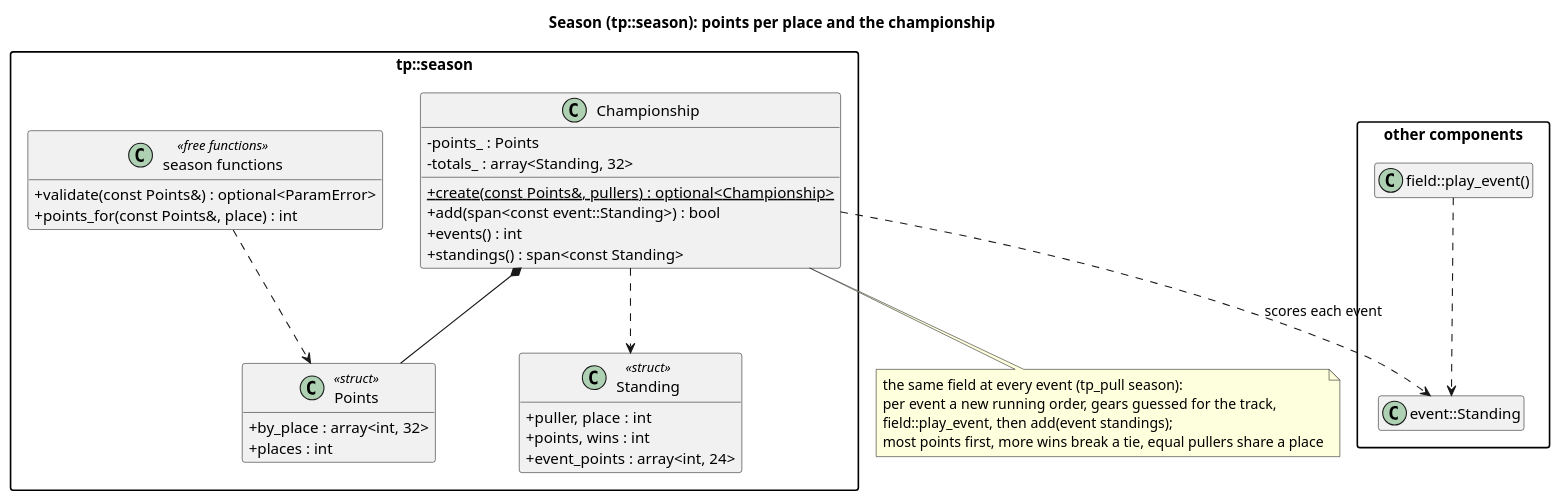
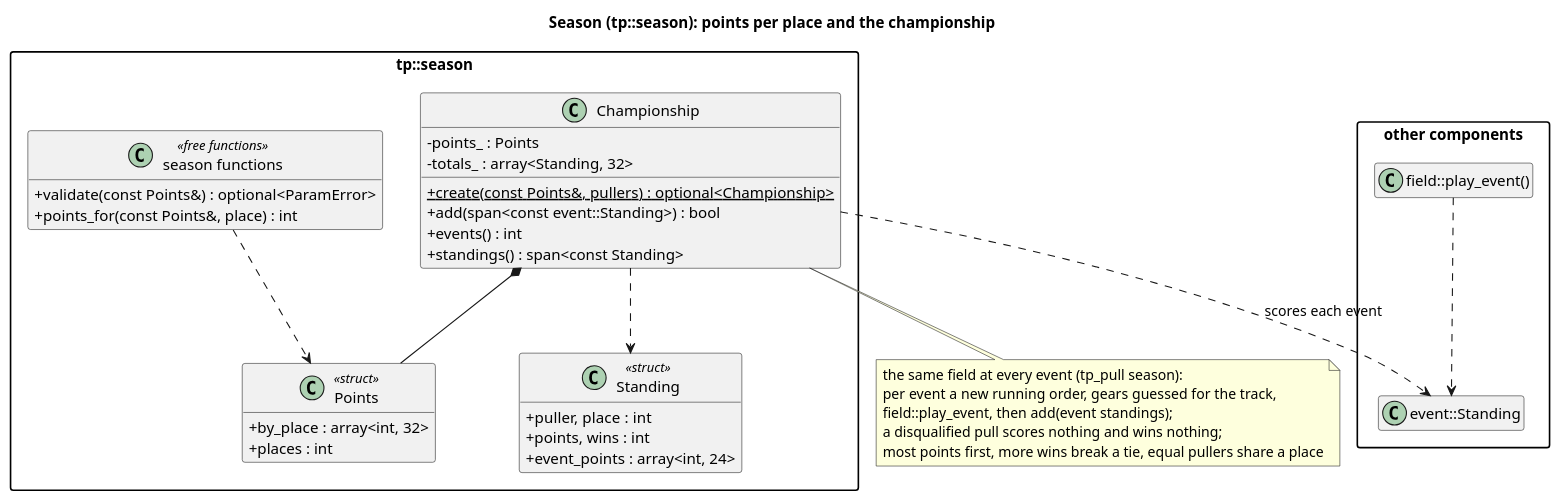
Before and after one commit to wversteeg/TractorPulling: the diagram in docs/diagrams/season_classes.puml, drawn with PlantUML. The commit also changed 20 other files, not shown here.

```diff
--- a/docs/diagrams/season_classes.puml
+++ b/docs/diagrams/season_classes.puml
@@ -1,46 +1,47 @@
 @startuml season_classes
 title Season (tp::season): points per place and the championship
 hide empty members
 skinparam packageStyle rectangle
 skinparam classAttributeIconSize 0
 
 package "other components" {
   class "event::Standing" as EventStanding
   class "field::play_event()" as Play
 }
 
 package "tp::season" {
   class Points <<struct>> {
     +by_place : array<int, 32>
     +places : int
   }
   class Standing <<struct>> {
     +puller, place : int
     +points, wins : int
     +event_points : array<int, 24>
   }
   class Championship {
     -points_ : Points
     -totals_ : array<Standing, 32>
     +{static} create(const Points&, pullers) : optional<Championship>
     +add(span<const event::Standing>) : bool
     +events() : int
     +standings() : span<const Standing>
   }
   class "season functions" as SeasonFns <<free functions>> {
     +validate(const Points&) : optional<ParamError>
     +points_for(const Points&, place) : int
   }
   Championship *-- Points
   Championship ..> Standing
   SeasonFns ..> Points
 }
 Championship ..> EventStanding : scores each event
 note bottom of Championship
   the same field at every event (tp_pull season):
   per event a new running order, gears guessed for the track,
   field::play_event, then add(event standings);
+  a disqualified pull scores nothing and wins nothing;
   most points first, more wins break a tie, equal pullers share a place
 end note
 Play ..> EventStanding
 @enduml
```
